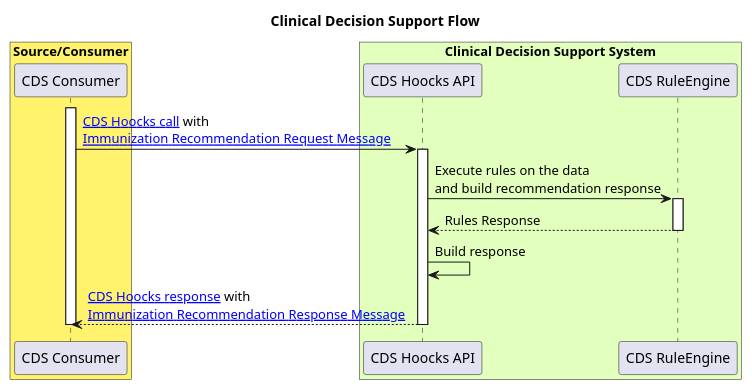
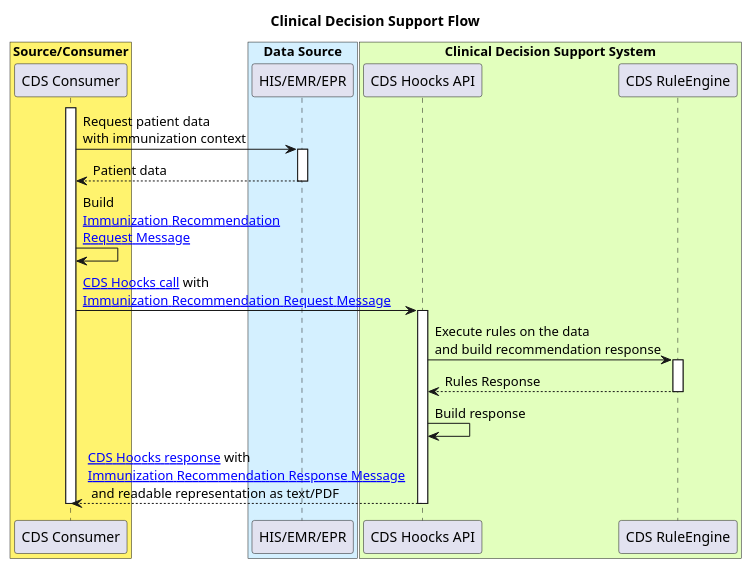
Before and after one commit to hl7ch/ch-vacd: the diagram in input/images-source/cds-flow.plantuml, drawn with PlantUML. The commit also changed 8 other files, not shown here.

```diff
--- a/input/images-source/cds-flow.plantuml
+++ b/input/images-source/cds-flow.plantuml
@@ -1,25 +1,34 @@
 @startuml
 title Clinical Decision Support Flow
 
 box "Source/Consumer" #fff36e
 participant "CDS Consumer" as CDC 
+end box
+
+box "Data Source" #d4f0ff
+participant "HIS/EMR/EPR" as EHR
 end box
 
 box "Clinical Decision Support System" #e2ffbd
 participant "CDS Hoocks API" as CDSA
 participant "CDS RuleEngine" as CDSR
 end box
 
 activate CDC
+CDC -> EHR: Request patient data\nwith immunization context
+activate EHR
+EHR --> CDC: Patient data
+deactivate EHR
+CDC -> CDC: Build\n[[immunization-recommendation-request-message.html Immunization Recommendation\nRequest Message]]
 CDC -> CDSA: [[https://cds-hooks.hl7.org/ CDS Hoocks call]] with\n[[immunization-recommendation-request-message.html Immunization Recommendation Request Message]]
 activate CDSA
 CDSA -> CDSR: Execute rules on the data\nand build recommendation response
 activate CDSR
 CDSR --> CDSA: Rules Response
 deactivate CDSR
 CDSA -> CDSA: Build response
-CDSA --> CDC: [[https://cds-hooks.hl7.org/ CDS Hoocks response]] with\n[[immunization-recommendation-response-message.html Immunization Recommendation Response Message]]
+CDSA --> CDC: [[https://cds-hooks.hl7.org/ CDS Hoocks response]] with\n[[immunization-recommendation-response-message.html Immunization Recommendation Response Message]]\n and readable representation as text/PDF
 deactivate CDSA
 deactivate CDC
 
 @enduml
```
